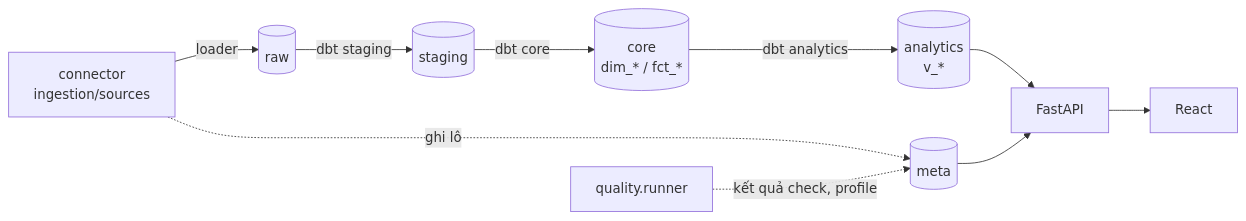
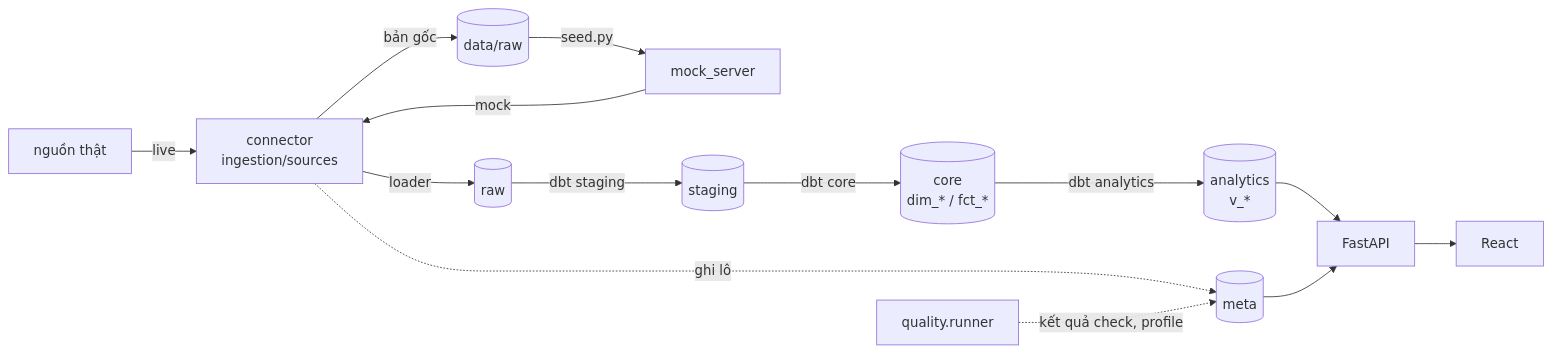
The first of 2 diagrams in docs/schema.md (nmdbbb/DVG6), drawn with Mermaid before and after one commit. The commit also changed other lines of this file and 32 other files, not shown here.

First line of the commit message:
Thêm mock server làm đường dự phòng và bảng nhận nhiệm vụ 7 vai

````diff
--- a/docs/schema.md
+++ b/docs/schema.md
@@ -5,11 +5,13 @@
 ```mermaid
 flowchart LR
-  src[connector<br/>ingestion/sources] -->|loader| raw[(raw)]
+  real[nguồn thật] -->|live| src[connector<br/>ingestion/sources]
+  src -->|bản gốc| files[(data/raw)] -->|seed.py| mock[mock_server] -->|mock| src
+  src -->|loader| raw[(raw)]
   raw -->|dbt staging| stg[(staging)]
   stg -->|dbt core| core[(core<br/>dim_* / fct_*)]
   core -->|dbt analytics| ana[(analytics<br/>v_*)]
   ana --> api[FastAPI] --> web[React]
   meta[(meta)] --> api
   src -. ghi lô .-> meta
   q[quality.runner] -. kết quả check, profile .-> meta
 ```
````
